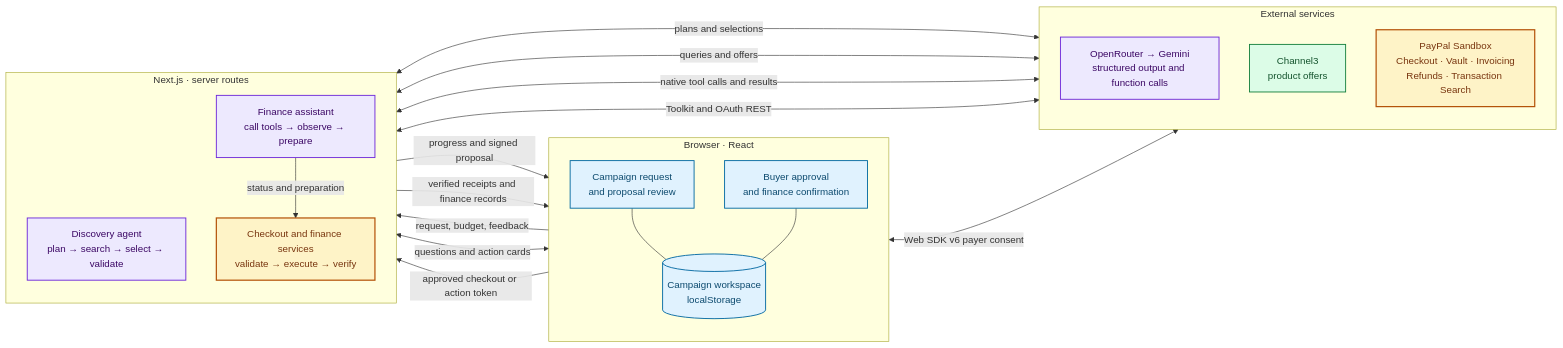
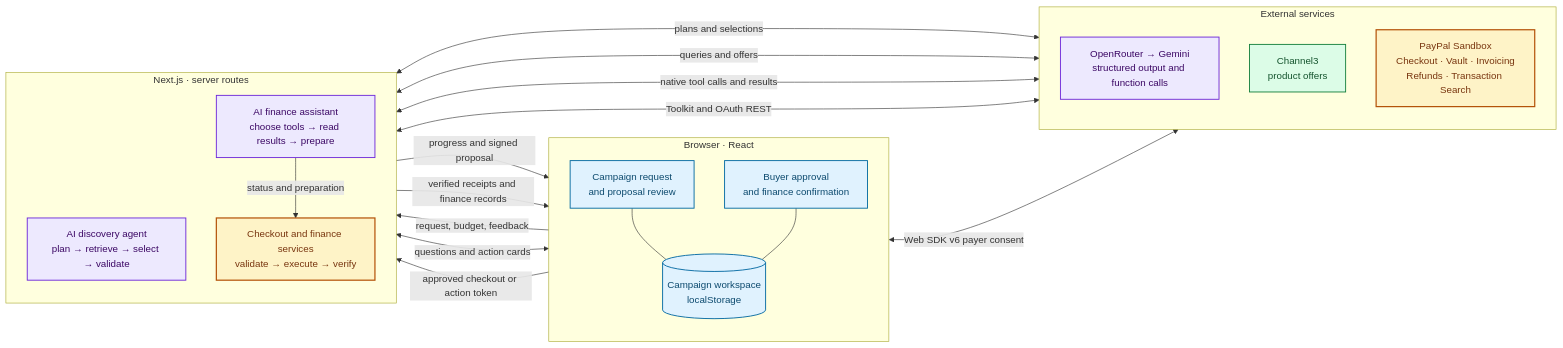
The diagram in README.md (kayak379/Prova-PayPal-Hackathon), drawn with Mermaid before and after one commit. The commit also changed other lines of this file, not shown here.

````diff
--- a/README.md
+++ b/README.md
@@ -5,46 +8,46 @@
 ```mermaid
 flowchart LR
     subgraph Browser["Browser · React"]
         direction TB
         Request["Campaign request<br/>and proposal review"]
         Approval["Buyer approval<br/>and finance confirmation"]
         Workspace[("Campaign workspace<br/>localStorage")]
     end
 
     subgraph Server["Next.js · server routes"]
         direction TB
-        Discovery["Discovery agent<br/>plan → search → select → validate"]
-        Assistant["Finance assistant<br/>call tools → observe → prepare"]
+        Discovery["AI discovery agent<br/>plan → retrieve → select → validate"]
+        Assistant["AI finance assistant<br/>choose tools → read results → prepare"]
         Payments["Checkout and finance services<br/>validate → execute → verify"]
     end
 
     subgraph Providers["External services"]
         direction TB
         Models["OpenRouter → Gemini<br/>structured output and function calls"]
         Catalog["Channel3<br/>product offers"]
         PayPal["PayPal Sandbox<br/>Checkout · Vault · Invoicing<br/>Refunds · Transaction Search"]
     end
 
     Request -->|"request, budget, feedback"| Discovery
     Discovery -->|"progress and signed proposal"| Request
     Discovery <-->|"plans and selections"| Models
     Discovery <-->|"queries and offers"| Catalog
     Request --- Workspace
     Approval --- Workspace
     Approval <-->|"questions and action cards"| Assistant
     Assistant <-->|"native tool calls and results"| Models
     Assistant -->|"status and preparation"| Payments
     Approval -->|"approved checkout or action token"| Payments
     Payments <-->|"Toolkit and OAuth REST"| PayPal
     Approval <-->|"Web SDK v6 payer consent"| PayPal
     Payments -->|"verified receipts and finance records"| Approval
 
     classDef browser fill:#e0f2fe,stroke:#0369a1,color:#0c4a6e,stroke-width:1.5px
     classDef agent fill:#ede9fe,stroke:#6d28d9,color:#3b0764,stroke-width:1.5px
     classDef service fill:#dcfce7,stroke:#15803d,color:#14532d,stroke-width:1.5px
     classDef payment fill:#fef3c7,stroke:#b45309,color:#78350f,stroke-width:2px
     class Request,Approval,Workspace browser
     class Discovery,Assistant,Models agent
     class Catalog service
     class Payments,PayPal payment
 ```
````
